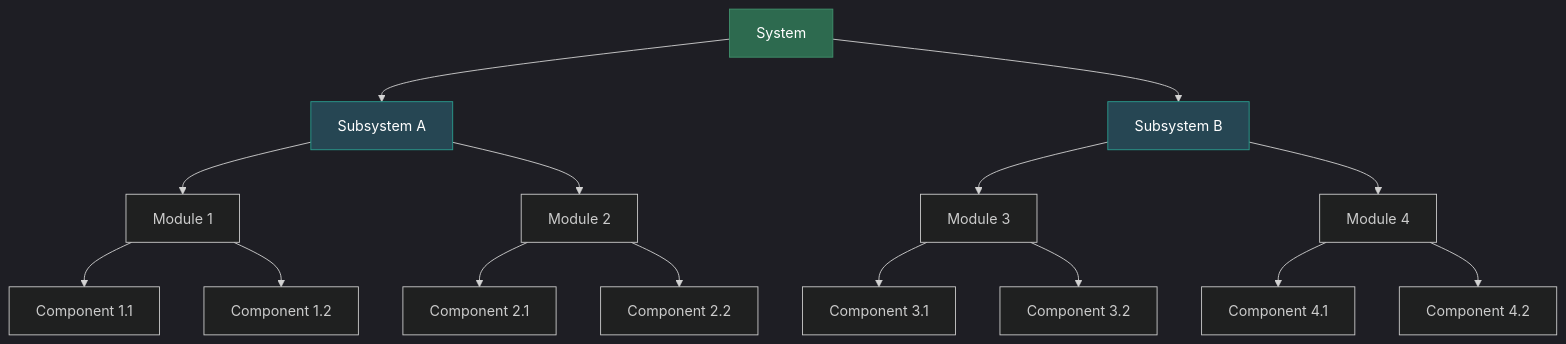
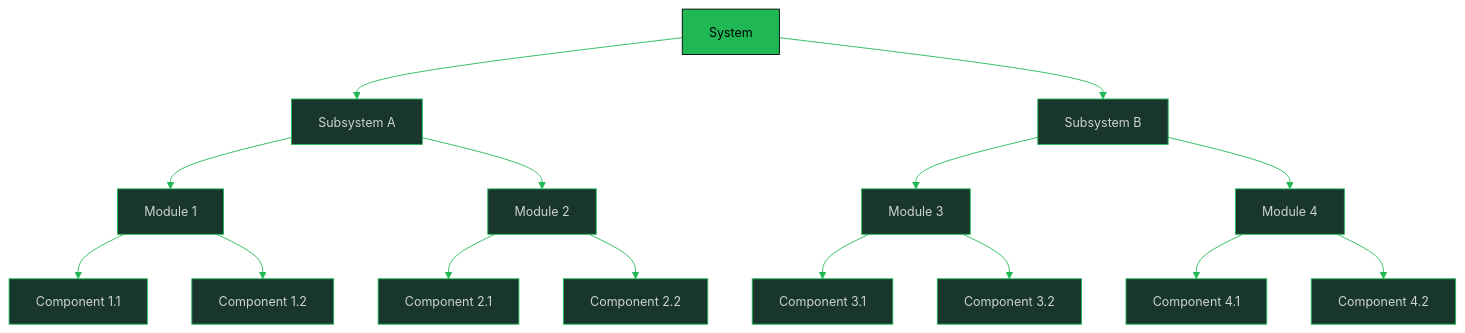
One commit to oat431/swe-knowledge changed the second of 5 diagrams in engineering-foundation-note/02 SWE Process/28_Abstraction_and_Encapsulation.md. Above: the diagram before and after it, drawn with Mermaid. The commit also changed other lines of this file and 23 other files, not shown here.

````diff
--- a/engineering-foundation-note/02 SWE Process/28_Abstraction_and_Encapsulation.md
+++ b/engineering-foundation-note/02 SWE Process/28_Abstraction_and_Encapsulation.md
@@ -80,38 +80,38 @@
 ```mermaid
-%%{init: {'theme':'dark'}}%%
+%%{init: {'theme':'base','themeVariables':{'primaryColor':'#19362D','primaryTextColor':'#CDD3D1','primaryBorderColor':'#1FB854','lineColor':'#1FB854','background':'#1B1717','mainBkg':'#19362D','clusterBkg':'#161212','edgeLabelBackground':'#161212','titleColor':'#1FB854','fontSize':'14px'}}}%%
 graph TD
     S["System"]
     SA["Subsystem A"]
     SB["Subsystem B"]
     MA1["Module 1"]
     MA2["Module 2"]
     MB1["Module 3"]
     MB2["Module 4"]
     CA1["Component 1.1"]
     CA2["Component 1.2"]
     CA3["Component 2.1"]
     CA4["Component 2.2"]
     CB1["Component 3.1"]
     CB2["Component 3.2"]
     CB3["Component 4.1"]
     CB4["Component 4.2"]
 
     S --> SA
     S --> SB
     SA --> MA1
     SA --> MA2
     SB --> MB1
     SB --> MB2
     MA1 --> CA1
     MA1 --> CA2
     MA2 --> CA3
     MA2 --> CA4
     MB1 --> CB1
     MB1 --> CB2
     MB2 --> CB3
     MB2 --> CB4
 
-    style S fill:#2d6a4f,stroke:#40916c,color:#fff
-    style SA fill:#264653,stroke:#2a9d8f,color:#fff
-    style SB fill:#264653,stroke:#2a9d8f,color:#fff
+    style S fill:#1FB854,stroke:#000000,color:#000000
+    style SA fill:#19362D,stroke:#1FB854,color:#CDD3D1
+    style SB fill:#19362D,stroke:#1FB854,color:#CDD3D1
 ```
````
